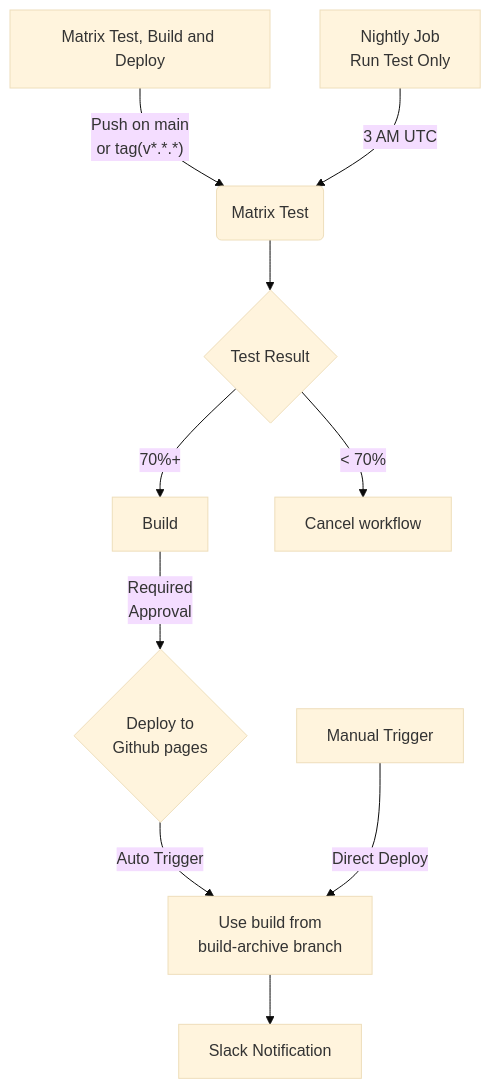
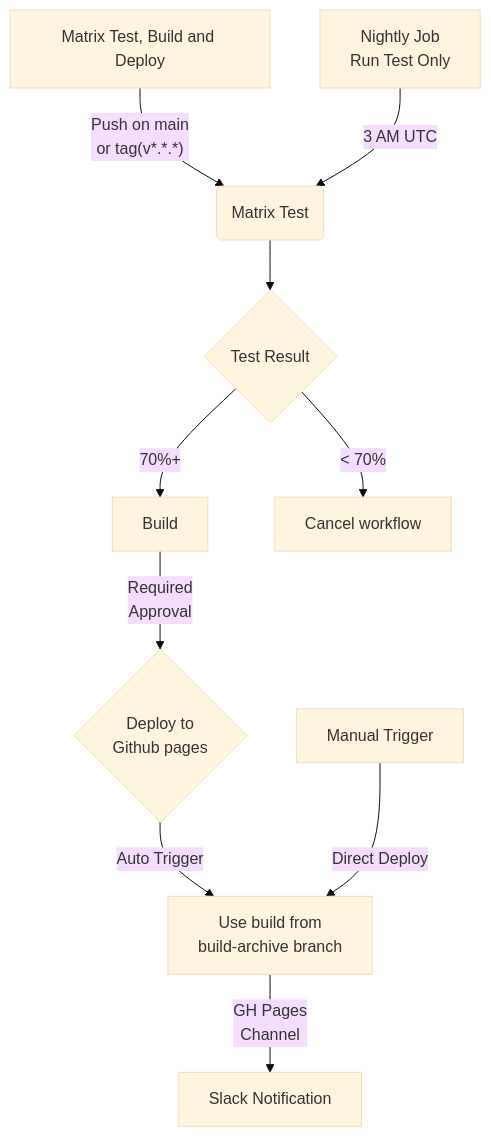
One commit to Saadullahkhan3/Github-Actions-Pipelines-Demo changed the second of 2 diagrams in README.md. Above: the diagram before and after it, drawn with Mermaid (base theme). The commit also changed other lines of this file, not shown here.

````diff
--- a/README.md
+++ b/README.md
@@ -45,11 +47,11 @@
 ```mermaid
 flowchart TD
     A[Matrix Test, Build and Deploy] -->|"Push on main<br/> or tag(v*.*.*)"| B(Matrix Test)
     B --> C{"Test Result"} 
     C --> |"70%+"| D[Build] --> |"Required<br/>Approval"| E{"Deploy to <br/>Github pages"}
     C --> |"< 70%"| T["Cancel workflow"]
     E -->|Auto Trigger| F["Use build from <br/>build-archive branch"]
     Y["Manual Trigger"] -->|Direct Deploy| F
     Z["Nightly Job<br/>Run Test Only"] --> |"3 AM UTC"| B
-    F --> O["Slack Notification"]
+    F --> |"GH Pages<br/>Channel"| O["Slack Notification"]
 ```
````
